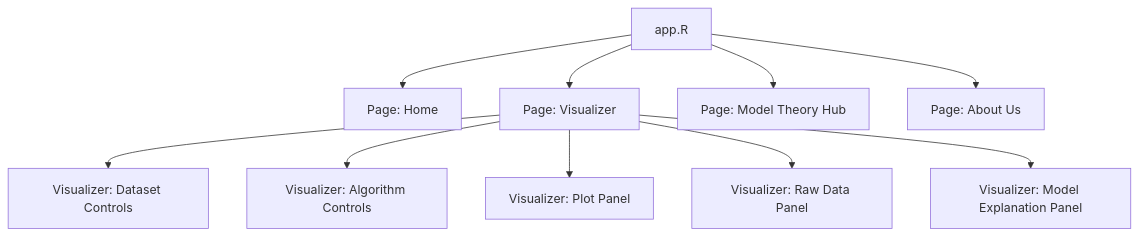
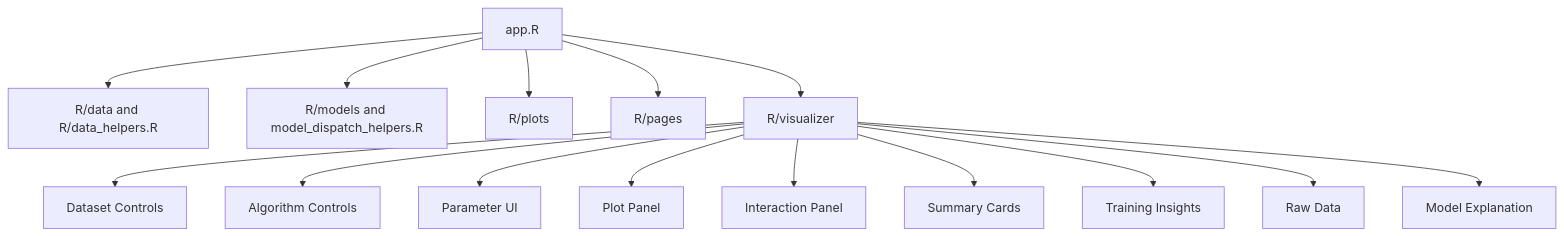
The diagram in docs/architecture.md (Rocedg/ml-classification-visualizer), drawn with Mermaid before and after one commit. The commit also changed other lines of this file and 1 other file, not shown here.

Commit message:
Document refactored architecture

````diff
--- a/docs/architecture.md
+++ b/docs/architecture.md
@@ -25,15 +62,20 @@
 ```mermaid
 graph TD
     App[app.R]
 
-    App --> Home[Page: Home]
-    App --> Visualizer[Page: Visualizer]
-    App --> TheoryHub[Page: Model Theory Hub]
-    App --> About[Page: About Us]
+    App --> Data[R/data and R/data_helpers.R]
+    App --> Models[R/models and model_dispatch_helpers.R]
+    App --> Plots[R/plots]
+    App --> Pages[R/pages]
+    App --> Visualizer[R/visualizer]
 
-    Visualizer --> DatasetControls[Visualizer: Dataset Controls]
-    Visualizer --> AlgorithmControls[Visualizer: Algorithm Controls]
-    Visualizer --> PlotPanel[Visualizer: Plot Panel]
-    Visualizer --> RawData[Visualizer: Raw Data Panel]
-    Visualizer --> ModelExplanation[Visualizer: Model Explanation Panel]
+    Visualizer --> DatasetControls[Dataset Controls]
+    Visualizer --> AlgorithmControls[Algorithm Controls]
+    Visualizer --> Parameters[Parameter UI]
+    Visualizer --> PlotPanel[Plot Panel]
+    Visualizer --> InteractionPanel[Interaction Panel]
+    Visualizer --> SummaryCards[Summary Cards]
+    Visualizer --> TrainingInsights[Training Insights]
+    Visualizer --> RawData[Raw Data]
+    Visualizer --> ModelExplanation[Model Explanation]
 ```
````
